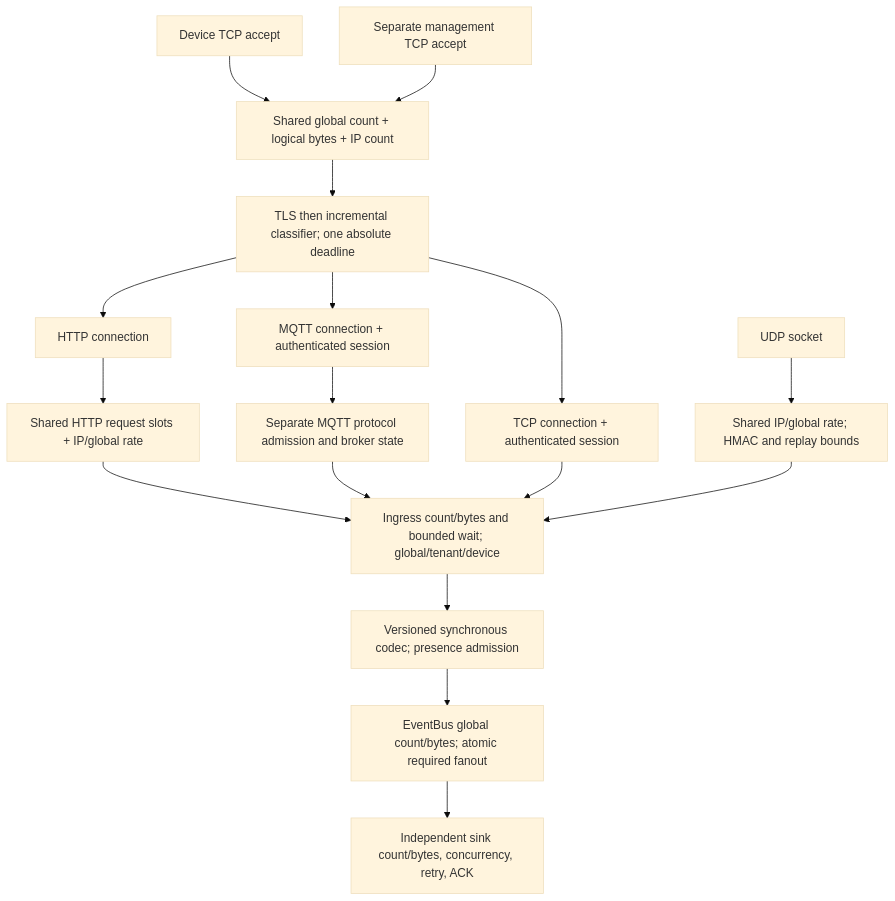
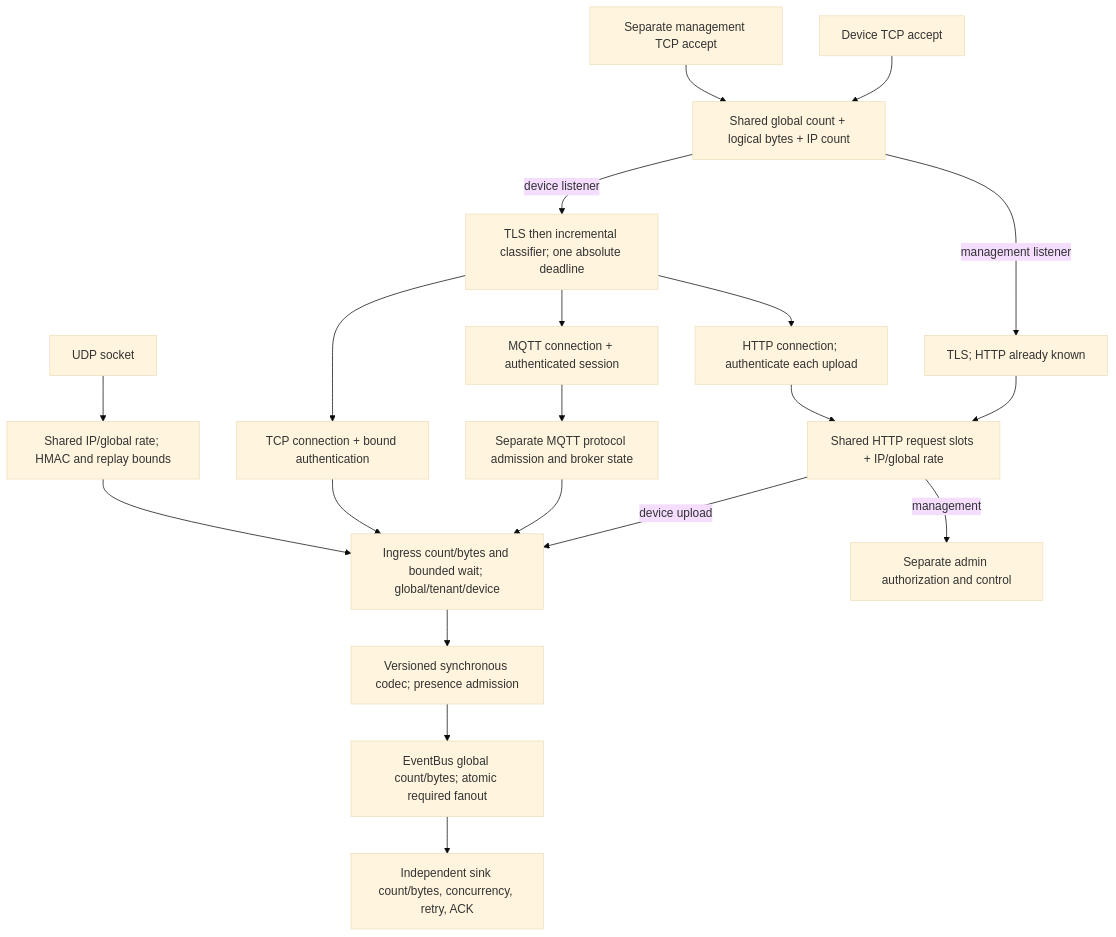
The diagram in docs/mixed-ingress-capacity-audit.md (sskycn/netbaiot), drawn with Mermaid (base theme) before and after one commit. The commit also changed other lines of this file and 16 other files, not shown here.

Commit message:
perf: complete mixed ingress fairness matrix and document bounded protocol cap

````diff
--- a/docs/mixed-ingress-capacity-audit.md
+++ b/docs/mixed-ingress-capacity-audit.md
@@ -14,19 +19,22 @@
 ```mermaid
 flowchart TD
     D[Device TCP accept] --> R[Shared global count + logical bytes + IP count]
     M[Separate management TCP accept] --> R
-    R --> T[TLS then incremental classifier; one absolute deadline]
-    T --> H[HTTP connection]
+    R -->|device listener| T[TLS then incremental classifier; one absolute deadline]
+    R -->|management listener| MT[TLS; HTTP already known]
+    MT --> HS
+    T --> H[HTTP connection; authenticate each upload]
     T --> Q[MQTT connection + authenticated session]
-    T --> C[TCP connection + authenticated session]
+    T --> C[TCP connection + bound authentication]
     H --> HS[Shared HTTP request slots + IP/global rate]
-    HS --> I[Ingress count/bytes and bounded wait; global/tenant/device]
+    HS -->|device upload| I[Ingress count/bytes and bounded wait; global/tenant/device]
+    HS -->|management| MA[Separate admin authorization and control]
     Q --> MP[Separate MQTT protocol admission and broker state]
     MP --> I
     C --> I
     U[UDP socket] --> UR[Shared IP/global rate; HMAC and replay bounds]
     UR --> I
     I --> V[Versioned synchronous codec; presence admission]
     V --> E[EventBus global count/bytes; atomic required fanout]
     E --> S[Independent sink count/bytes, concurrency, retry, ACK]
 ```
````
